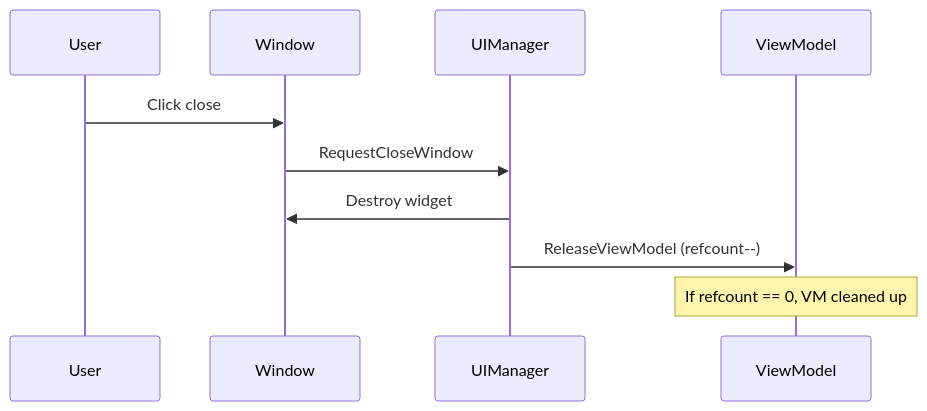
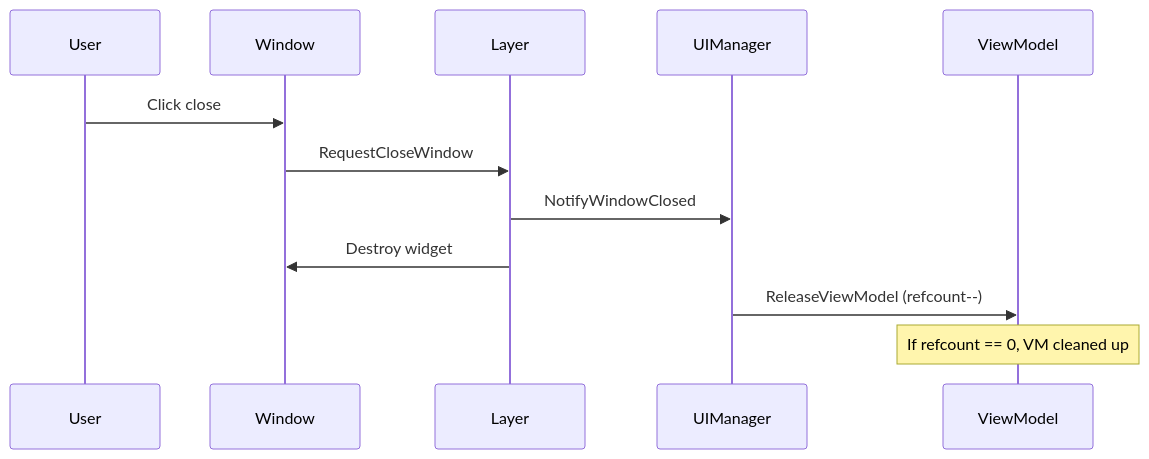
The sixth of 8 diagrams in outliyr-framework/docs/base-lyra-modified/ui/item-container-ui-system/core-architecture-and-data-structures/the-window-model.md (outliyr/outliyr-docs), drawn with Mermaid before and after one commit. The commit also changed other lines of this file and 33 other files, not shown here.

````diff
--- a/outliyr-framework/docs/base-lyra-modified/ui/item-container-ui-system/core-architecture-and-data-structures/the-window-model.md
+++ b/outliyr-framework/docs/base-lyra-modified/ui/item-container-ui-system/core-architecture-and-data-structures/the-window-model.md
@@ -227,13 +235,15 @@
 ```mermaid
 sequenceDiagram
     participant User
     participant Window
+    participant Layer
     participant UIManager
     participant ViewModel
 
     User->>Window: Click close
-    Window->>UIManager: RequestCloseWindow
-    UIManager->>Window: Destroy widget
+    Window->>Layer: RequestCloseWindow
+    Layer->>UIManager: NotifyWindowClosed
+    Layer->>Window: Destroy widget
     UIManager->>ViewModel: ReleaseViewModel (refcount--)
     Note over ViewModel: If refcount == 0, VM cleaned up
 ```
````
